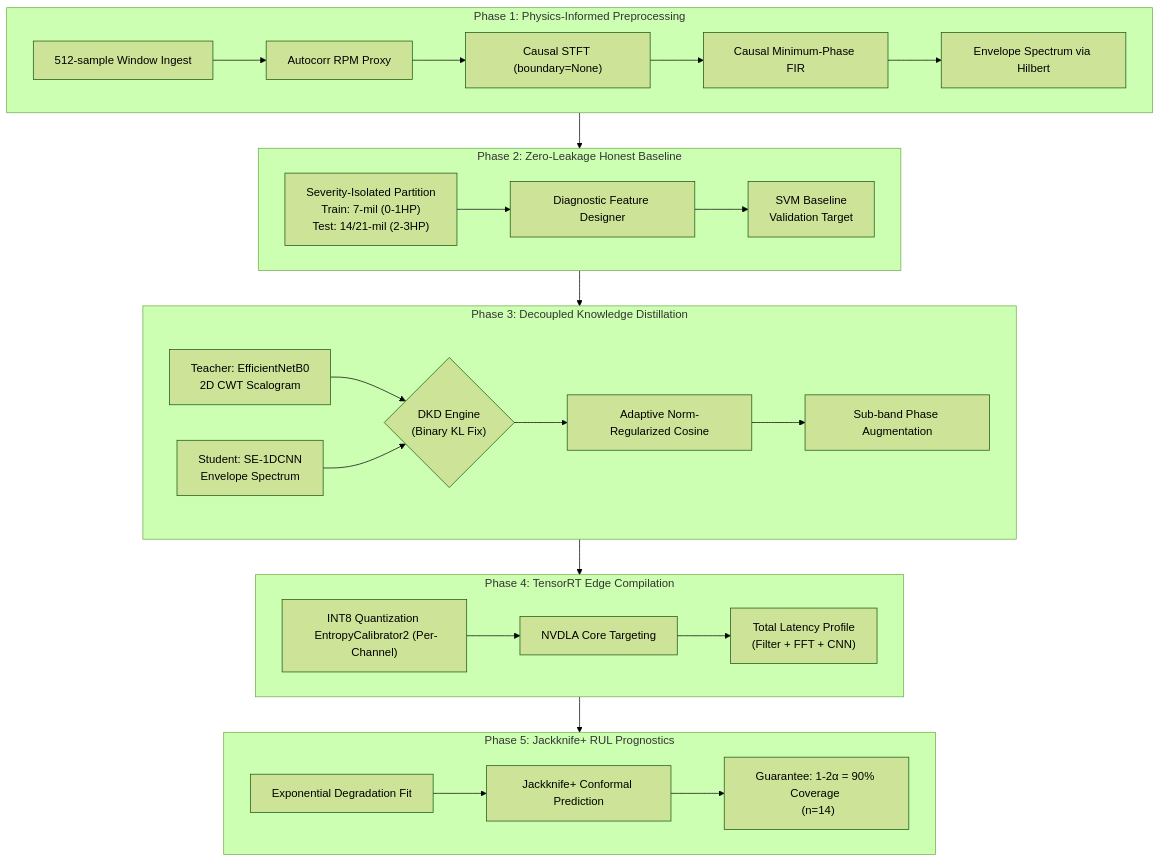
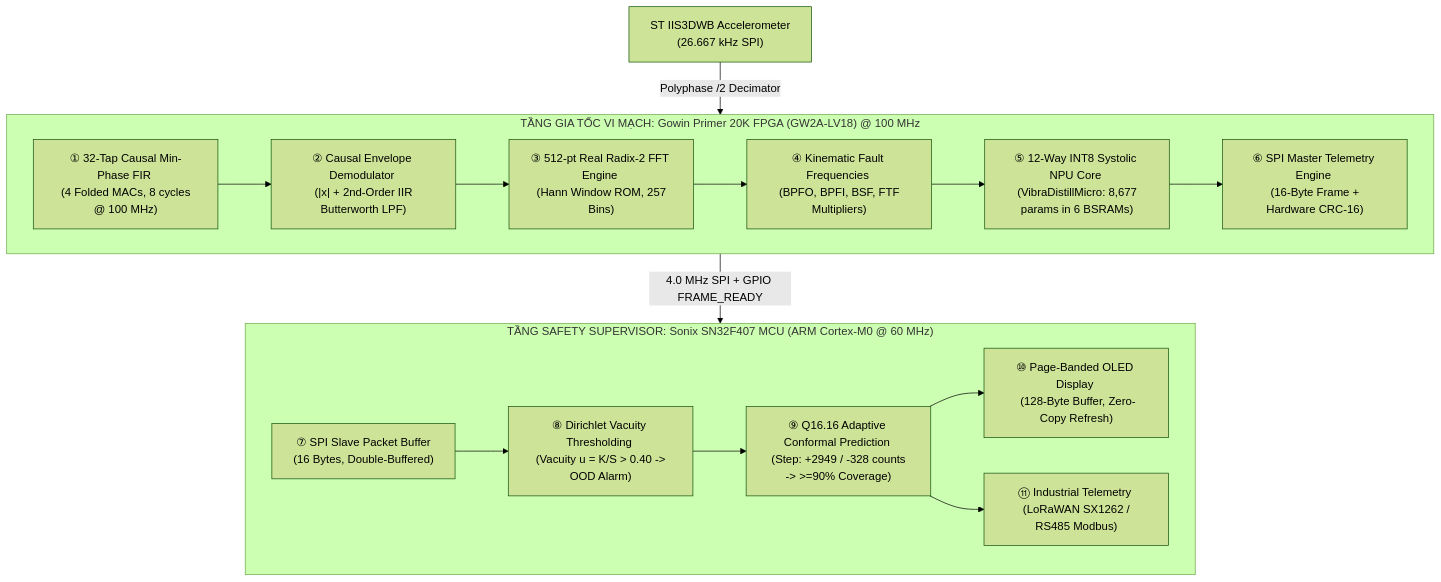
One commit to zok213/VIbraDistill changed the diagram in README.md. Above: the diagram before and after it, drawn with Mermaid (forest theme). The commit also changed other lines of this file and 212 other files, not shown here.

Commit message:
feat: complete VibraDistill-Edge FPGA-MCU AI co-design, RTL synthesis, and SOTA 2026 suite

````diff
--- a/README.md
+++ b/README.md
@@ -92,40 +33,28 @@
 ```mermaid
 graph TD
-    %% Phase 1
-    subgraph P1["Phase 1: Physics-Informed Preprocessing"]
-        P1A["512-sample Window Ingest"] --> P1B["Autocorr RPM Proxy"]
-        P1B --> P1C["Causal STFT (boundary=None)"]
-        P1C --> P1D["Causal Minimum-Phase FIR"]
-        P1D --> P1E["Envelope Spectrum via Hilbert"]
+    Sensor["ST IIS3DWB Accelerometer <br> (26.667 kHz SPI)"] -->|Polyphase /2 Decimator| FPGA
+
+    subgraph FPGA["TẦNG GIA TỐC VI MẠCH: Gowin Primer 20K FPGA (GW2A-LV18) @ 100 MHz"]
+        DSP_FIR["① 32-Tap Causal Min-Phase FIR <br> (4 Folded MACs, 8 cycles @ 100 MHz)"]
+        DSP_ENV["② Causal Envelope Demodulator <br> (|x| + 2nd-Order IIR Butterworth LPF)"]
+        DSP_FFT["③ 512-pt Real Radix-2 FFT Engine <br> (Hann Window ROM, 257 Bins)"]
+        DSP_KIN["④ Kinematic Fault Frequencies <br> (BPFO, BPFI, BSF, FTF Multipliers)"]
+        NPU_ENG["⑤ 12-Way INT8 Systolic NPU Core <br> (VibraDistillMicro: 8,677 params in 6 BSRAMs)"]
+        SPI_M["⑥ SPI Master Telemetry Engine <br> (16-Byte Frame + Hardware CRC-16)"]
+
+        DSP_FIR --> DSP_ENV --> DSP_FFT --> DSP_KIN --> NPU_ENG --> SPI_M
     end
 
-    %% Phase 2
-    subgraph P2["Phase 2: Zero-Leakage Honest Baseline"]
-        P2F["Severity-Isolated Partition <br> Train: 7-mil (0-1HP) <br> Test: 14/21-mil (2-3HP)"] --> P2G["Diagnostic Feature Designer"]
-        P2G --> P2H["SVM Baseline <br> Validation Target"]
+    FPGA -->|4.0 MHz SPI + GPIO FRAME_READY| MCU
+
+    subgraph MCU["TẦNG SAFETY SUPERVISOR: Sonix SN32F407 MCU (ARM Cortex-M0 @ 60 MHz)"]
+        SPI_S["⑦ SPI Slave Packet Buffer <br> (16 Bytes, Double-Buffered)"]
+        EDL_CAL["⑧ Dirichlet Vacuity Thresholding <br> (Vacuity u = K/S > 0.40 -> OOD Alarm)"]
+        ACP_ENG["⑨ Q16.16 Adaptive Conformal Prediction <br> (Step: +2949 / -328 counts -> >=90% Coverage)"]
+        OLED_DRV["⑩ Page-Banded OLED Display <br> (128-Byte Buffer, Zero-Copy Refresh)"]
+        COMM_MOD["⑪ Industrial Telemetry <br> (LoRaWAN SX1262 / RS485 Modbus)"]
+
+        SPI_S --> EDL_CAL --> ACP_ENG --> OLED_DRV
+        ACP_ENG --> COMM_MOD
     end
-    P1 --> P2
-
-    %% Phase 3
-    subgraph P3["Phase 3: Decoupled Knowledge Distillation"]
-        P3I["Teacher: EfficientNetB0 <br> 2D CWT Scalogram"] --> P3K{"DKD Engine <br> (Binary KL Fix)"}
-        P3J["Student: SE-1DCNN <br> Envelope Spectrum"] --> P3K
-        P3K --> P3L["Adaptive Norm-Regularized Cosine"]
-        P3L --> P3M["Sub-band Phase Augmentation"]
-    end
-    P2 --> P3
-
-    %% Phase 4
-    subgraph P4["Phase 4: TensorRT Edge Compilation"]
-        P4O["INT8 Quantization <br> EntropyCalibrator2 (Per-Channel)"] --> P4P["NVDLA Core Targeting"]
-        P4P --> P4Q["Total Latency Profile <br> (Filter + FFT + CNN)"]
-    end
-    P3 --> P4
-
-    %% Phase 5
-    subgraph P5["Phase 5: Jackknife+ RUL Prognostics"]
-        P5S["Exponential Degradation Fit"] --> P5T["Jackknife+ Conformal Prediction"]
-        P5T --> P5U["Guarantee: 1-2α = 90% Coverage <br> (n=14)"]
-    end
-    P4 --> P5
 ```
````
